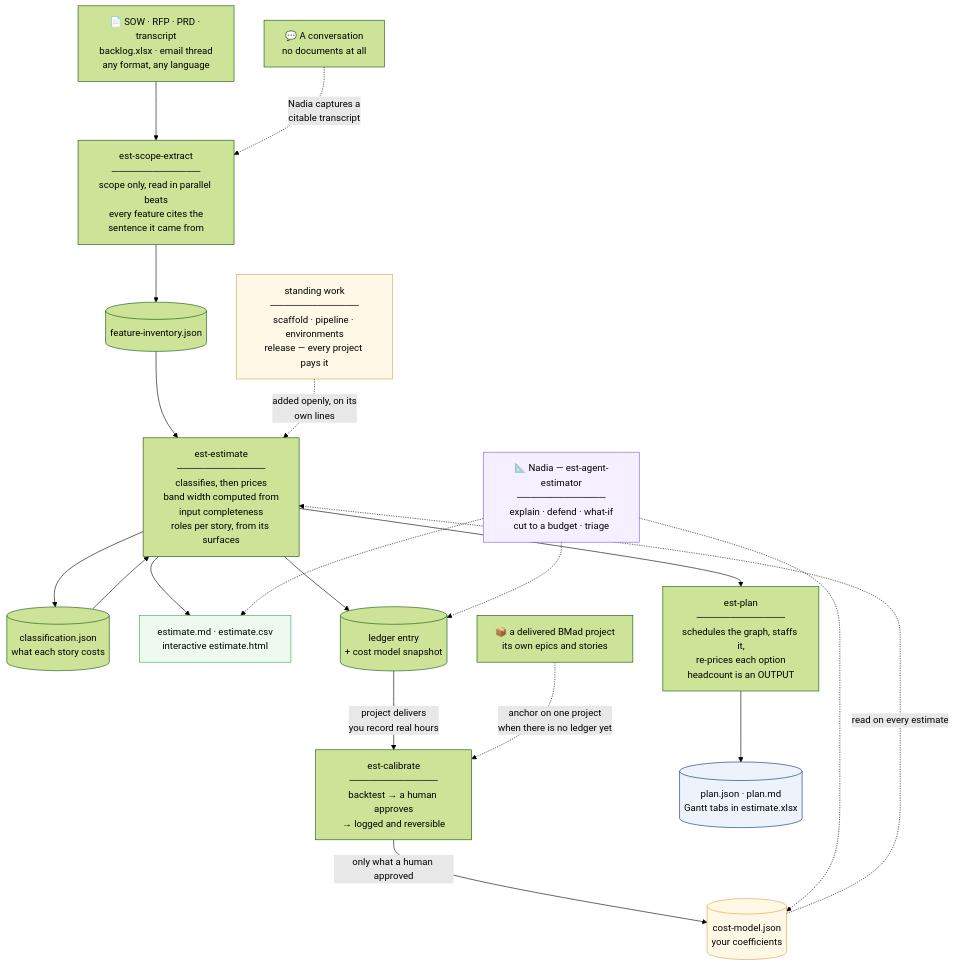
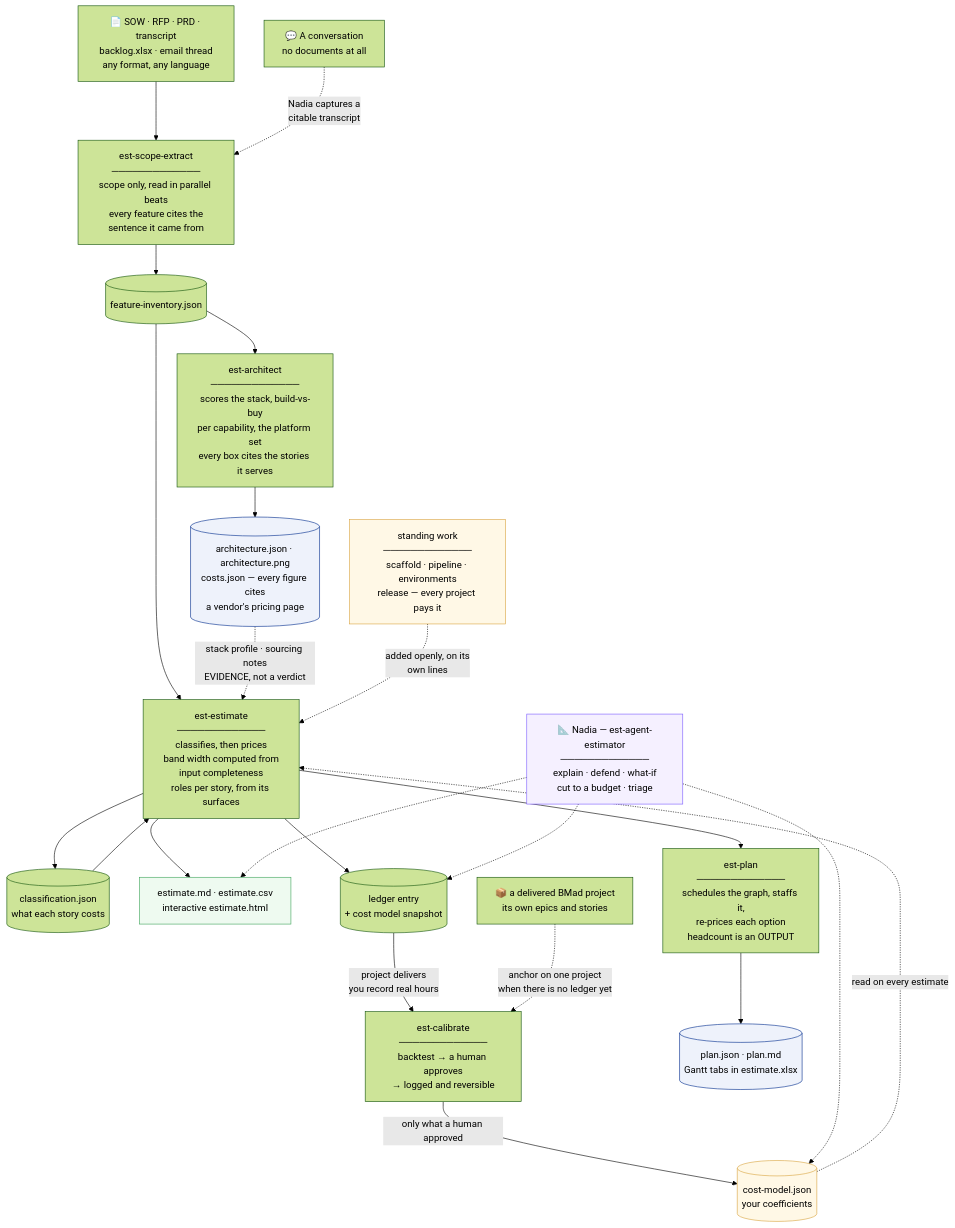
Before and after one commit to Relevant-S/bmad-est: the diagram in README.md, drawn with Mermaid (forest theme). The commit also changed other lines of this file and 80 other files, not shown here.

````diff
--- a/README.md
+++ b/README.md
@@ -54,46 +54,52 @@
 ```mermaid
 flowchart TB
     DOCS["📄 SOW · RFP · PRD · transcript<br/>backlog.xlsx · email thread<br/>any format, any language"]
     TALK["💬 A conversation<br/>no documents at all"]
 
     EXTRACT["est-scope-extract<br/>─────────────<br/>scope only, read in parallel beats<br/>every feature cites the<br/>sentence it came from"]
     INV[("feature-inventory.json")]
+
+    ARCHITECT["est-architect<br/>─────────────<br/>scores the stack, build-vs-buy<br/>per capability, the platform set<br/>every box cites the stories it serves"]
+    ARCH[("architecture.json · architecture.png<br/>costs.json — every figure cites<br/>a vendor's pricing page")]
 
     ESTIMATE["est-estimate<br/>─────────────<br/>classifies, then prices<br/>band width computed from<br/>input completeness<br/>roles per story, from its surfaces"]
     CLASS[("classification.json<br/>what each story costs")]
     STANDING["standing work<br/>─────────────<br/>scaffold · pipeline · environments<br/>release — every project pays it"]
     OUTPUT["estimate.md · estimate.csv<br/>interactive estimate.html"]
     LEDGER[("ledger entry<br/>+ cost model snapshot")]
 
     CALIBRATE["est-calibrate<br/>─────────────<br/>backtest → a human approves<br/>→ logged and reversible"]
     DELIVERED["📦 a delivered BMad project<br/>its own epics and stories"]
     MODEL[("cost-model.json<br/>your coefficients")]
 
     PLAN["est-plan<br/>─────────────<br/>schedules the graph, staffs it,<br/>re-prices each option<br/>headcount is an OUTPUT"]
     OPTIONS[("plan.json · plan.md<br/>Gantt tabs in estimate.xlsx")]
 
     NADIA["📐 Nadia — est-agent-estimator<br/>─────────────<br/>explain · defend · what-if<br/>cut to a budget · triage"]
 
     DOCS --> EXTRACT
     TALK -.->|"Nadia captures a<br/>citable transcript"| EXTRACT
     EXTRACT --> INV --> ESTIMATE
+    INV --> ARCHITECT --> ARCH
+    ARCH -.->|"stack profile · sourcing notes<br/>EVIDENCE, not a verdict"| ESTIMATE
     ESTIMATE --> CLASS --> ESTIMATE
     STANDING -.->|"added openly, on its<br/>own lines"| ESTIMATE
     ESTIMATE --> OUTPUT
     ESTIMATE --> PLAN --> OPTIONS
     ESTIMATE --> LEDGER
     LEDGER -->|"project delivers<br/>you record real hours"| CALIBRATE
     DELIVERED -.->|"anchor on one project<br/>when there is no ledger yet"| CALIBRATE
     CALIBRATE -->|"only what a human approved"| MODEL
     MODEL -.->|"read on every estimate"| ESTIMATE
 
     NADIA -.-> OUTPUT
     NADIA -.-> LEDGER
     NADIA -.-> MODEL
 
     style NADIA fill:#f5f0ff,stroke:#7c5cff
     style MODEL fill:#fff8e6,stroke:#d9a441
     style STANDING fill:#fff8e6,stroke:#d9a441
     style OUTPUT fill:#eefaf0,stroke:#3fa45b
     style OPTIONS fill:#eef2fb,stroke:#002c8d
+    style ARCH fill:#eef2fb,stroke:#002c8d
 ```
````
